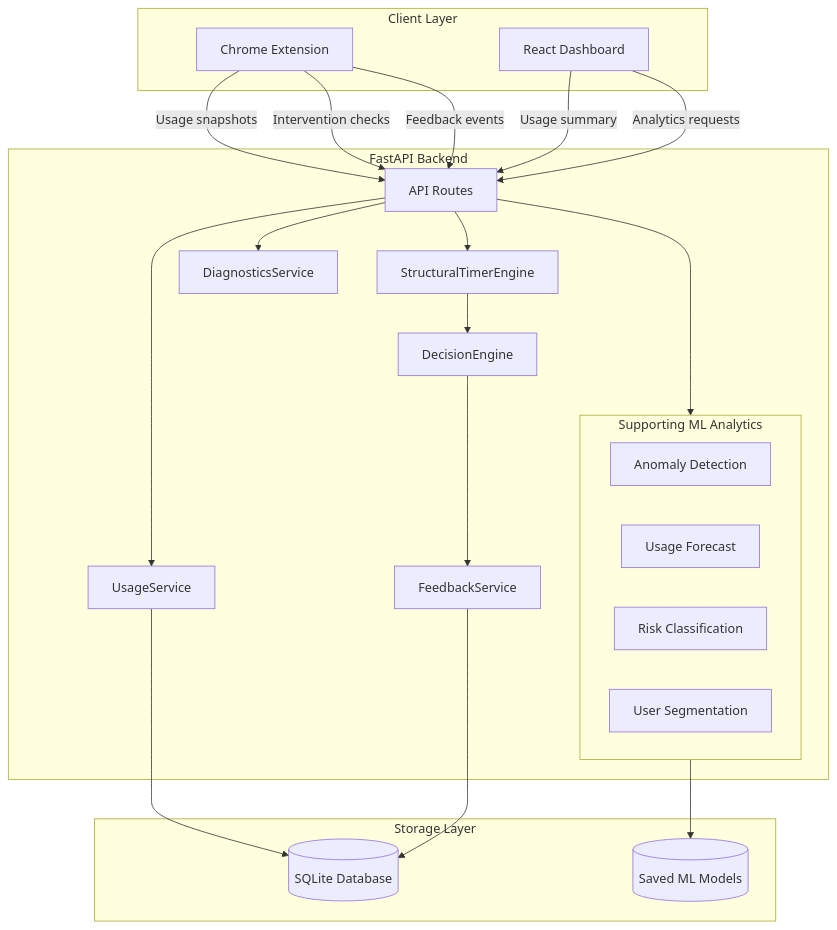
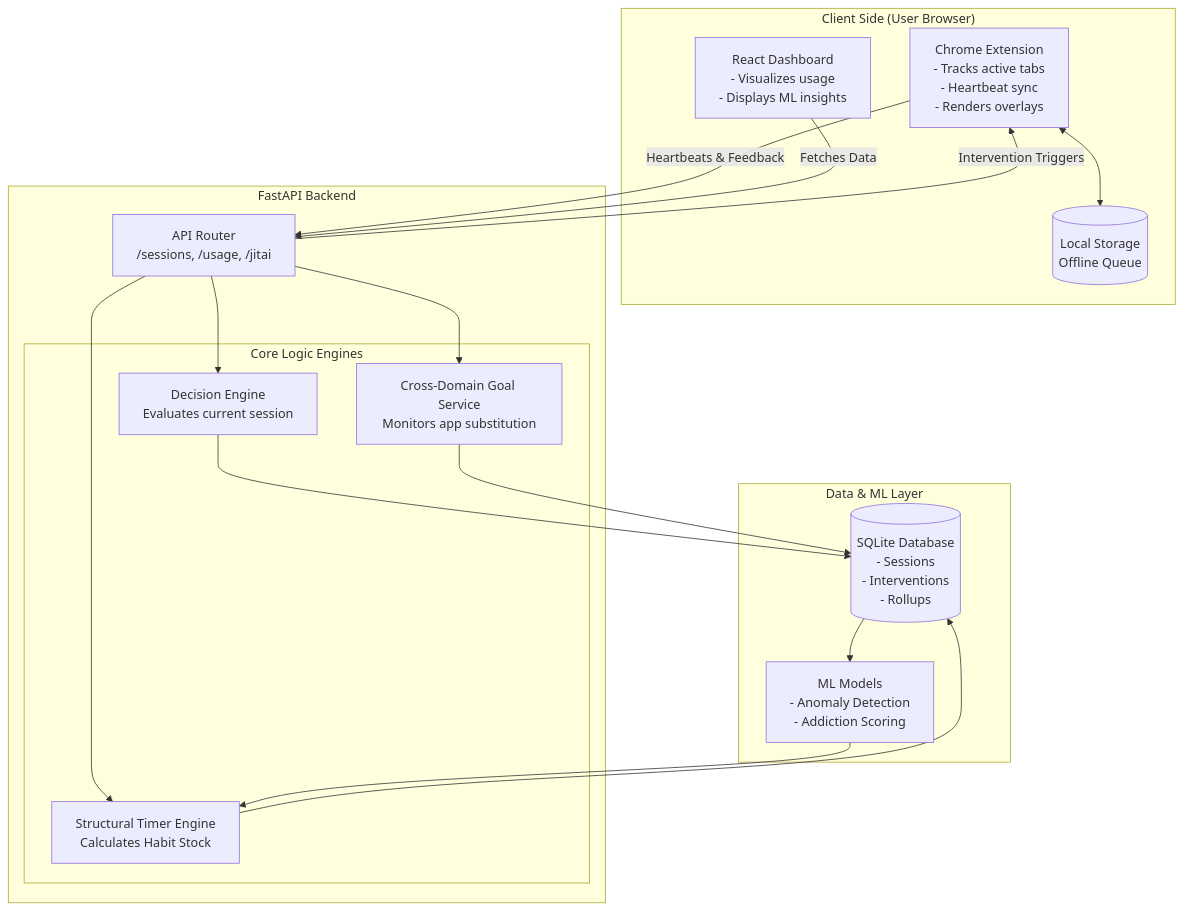
Before and after one commit to shreshta312/habitguard: the first of 4 diagrams in readme.md, drawn with Mermaid. The commit also changed other lines of this file, not shown here.

Commit message:
docs: Rewrite README to reflect Version 2.0 Math and Architecture

````diff
--- a/readme.md
+++ b/readme.md
@@ -502,47 +31,40 @@
 ```mermaid
-graph TD
-    subgraph Client["Client Layer"]
-        Extension["Chrome Extension"]
-        Dashboard["React Dashboard"]
+flowchart TD
+    subgraph Client ["Client Side (User Browser)"]
+        CE[Chrome Extension\n- Tracks active tabs\n- Heartbeat sync\n- Renders overlays]
+        DB_Local[(Local Storage\nOffline Queue)]
+        CE <--> DB_Local
+        Dash[React Dashboard\n- Visualizes usage\n- Displays ML insights]
     end
 
-    subgraph Backend["FastAPI Backend"]
-        API["API Routes"]
-
-        Structural["StructuralTimerEngine"]
-        Decision["DecisionEngine"]
-        Feedback["FeedbackService"]
-        Usage["UsageService"]
-        Diagnostics["DiagnosticsService"]
-
-        subgraph Analytics["Supporting ML Analytics"]
-            Anomaly["Anomaly Detection"]
-            Forecast["Usage Forecast"]
-            Risk["Risk Classification"]
-            Segment["User Segmentation"]
+    subgraph Backend ["FastAPI Backend"]
+        API[API Router\n/sessions, /usage, /jitai]
+        
+        subgraph CoreServices ["Core Logic Engines"]
+            DE[Decision Engine\nEvaluates current session]
+            STE[Structural Timer Engine\nCalculates Habit Stock]
+            CDG[Cross-Domain Goal Service\nMonitors app substitution]
         end
+        
+        API --> DE
+        API --> STE
+        API --> CDG
     end
 
-    subgraph Storage["Storage Layer"]
-        SQLite[("SQLite Database")]
-        Models[("Saved ML Models")]
+    subgraph DataML ["Data & ML Layer"]
+        DB_SQL[(SQLite Database\n- Sessions\n- Interventions\n- Rollups)]
+        ML[ML Models\n- Anomaly Detection\n- Addiction Scoring]
     end
 
-    Extension -->|Usage snapshots| API
-    Extension -->|Intervention checks| API
-    Extension -->|Feedback events| API
-
-    Dashboard -->|Usage summary| API
-    Dashboard -->|Analytics requests| API
-
-    API --> Structural
-    Structural --> Decision
-    Decision --> Feedback
-    API --> Usage
-    API --> Diagnostics
-    API --> Analytics
-
-    Usage --> SQLite
-    Feedback --> SQLite
-    Analytics --> Models
+    CE -- "Heartbeats & Feedback" --> API
+    API -- "Intervention Triggers" --> CE
+    
+    DE --> DB_SQL
+    STE --> DB_SQL
+    CDG --> DB_SQL
+    
+    DB_SQL --> ML
+    ML --> STE
+    
+    Dash -- "Fetches Data" --> API
 ```
````
